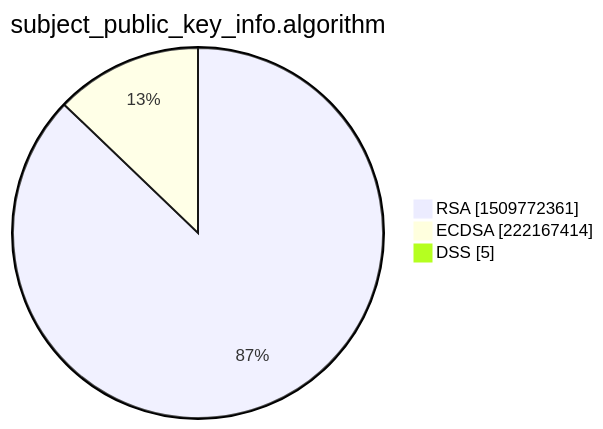
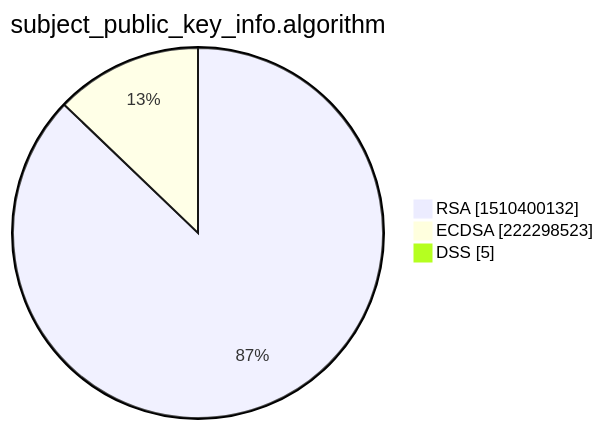
Before and after one commit to christiankrug/ctmonitor_visualization: the third of 15 diagrams in xenon2022/README.md, drawn with Mermaid. The commit also changed other lines of this file, not shown here.

````diff
--- a/xenon2022/README.md
+++ b/xenon2022/README.md
@@ -14,7 +14,7 @@
 ```mermaid
 pie showData
 title subject_public_key_info.algorithm
-"RSA" :1509772361
-"ECDSA" :222167414
+"RSA" :1510400132
+"ECDSA" :222298523
 "DSS" :5
 ```
````
